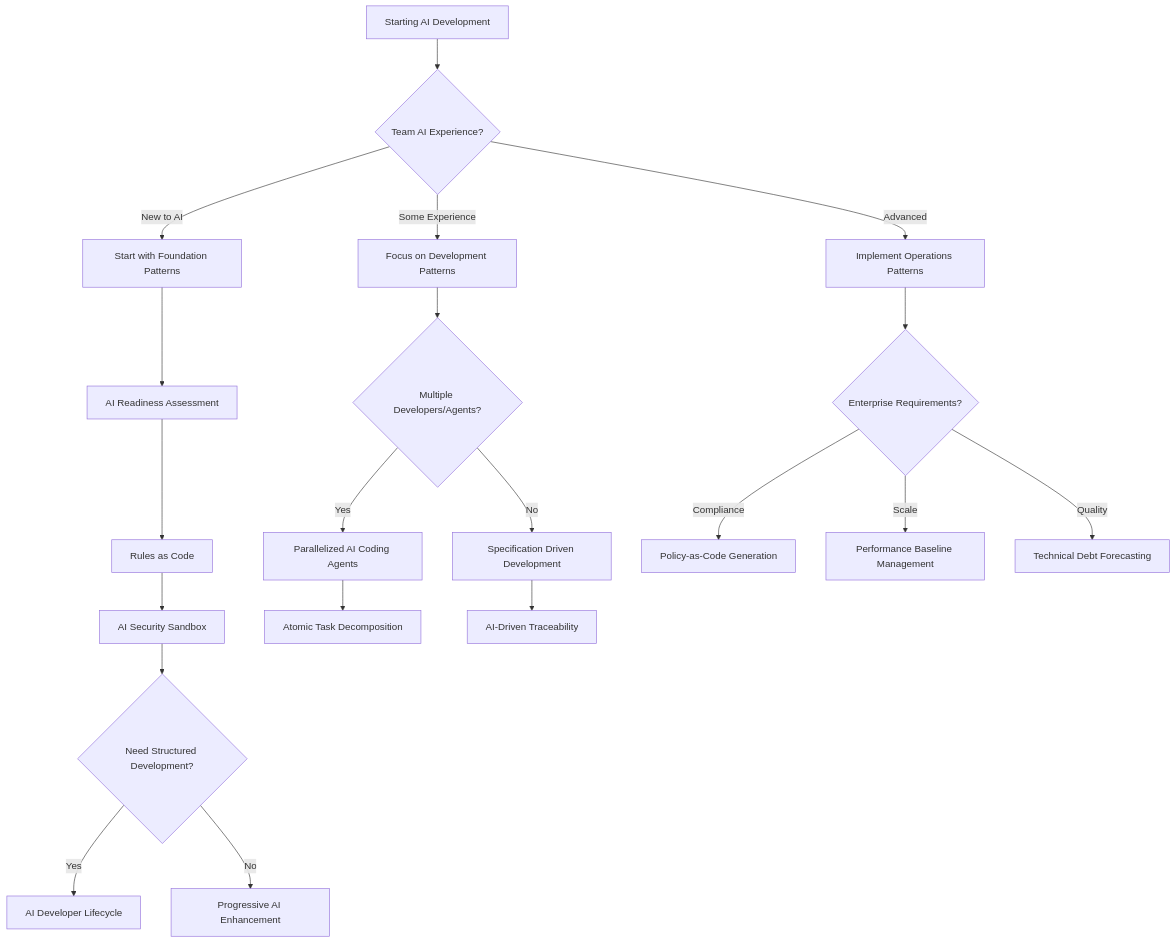
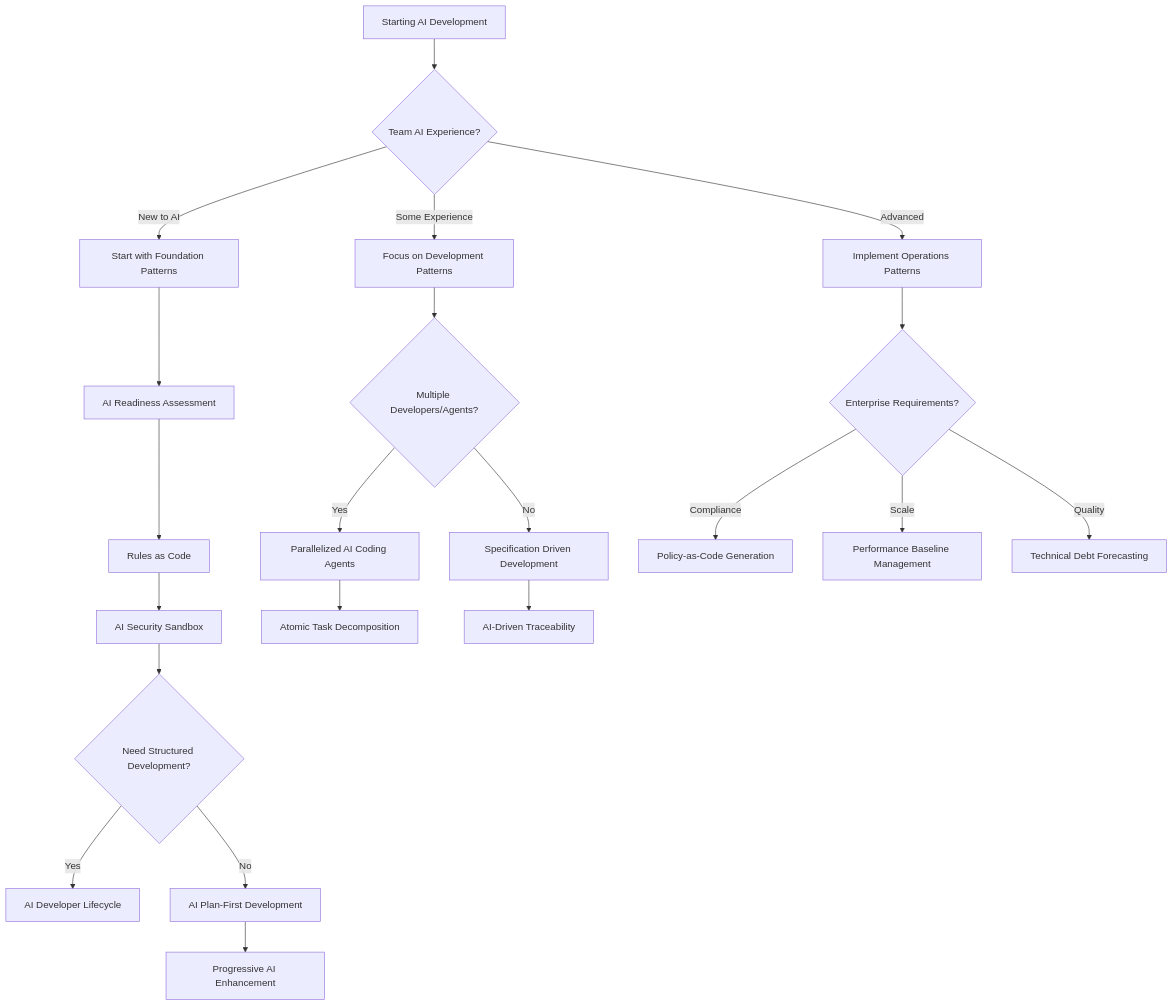
The third of 12 diagrams in README.md (PaulDuvall/ai-development-patterns), drawn with Mermaid before and after one commit. The commit also changed other lines of this file and 6 other files, not shown here.

First line of the commit message:
feat: add AI Plan-First Development pattern with tool examples

````diff
--- a/README.md
+++ b/README.md
@@ -143,25 +146,26 @@
 ```mermaid
 graph TD
     A[Starting AI Development] --> B{Team AI Experience?}
     B -->|New to AI| C[Start with Foundation Patterns]
     B -->|Some Experience| D[Focus on Development Patterns]
     B -->|Advanced| E[Implement Operations Patterns]
     
     C --> F[AI Readiness Assessment]
     F --> G[Rules as Code]
     G --> H[AI Security Sandbox]
     H --> I{Need Structured Development?}
     I -->|Yes| J[AI Developer Lifecycle]
-    I -->|No| K[Progressive AI Enhancement]
+    I -->|No| K[AI Plan-First Development]
+    K --> L[Progressive AI Enhancement]
     
-    D --> L{Multiple Developers/Agents?}
-    L -->|Yes| M[Parallelized AI Coding Agents]
-    L -->|No| N[Specification Driven Development]
-    M --> O[Atomic Task Decomposition]
-    N --> P[AI-Driven Traceability]
+    D --> M{Multiple Developers/Agents?}
+    M -->|Yes| N[Parallelized AI Coding Agents]
+    M -->|No| O[Specification Driven Development]
+    N --> P[Atomic Task Decomposition]
+    O --> Q[AI-Driven Traceability]
     
-    E --> Q{Enterprise Requirements?}
-    Q -->|Compliance| R[Policy-as-Code Generation]
-    Q -->|Scale| S[Performance Baseline Management]
-    Q -->|Quality| T[Technical Debt Forecasting]
+    E --> R{Enterprise Requirements?}
+    R -->|Compliance| S[Policy-as-Code Generation]
+    R -->|Scale| T[Performance Baseline Management]
+    R -->|Quality| U[Technical Debt Forecasting]
 ```
````
